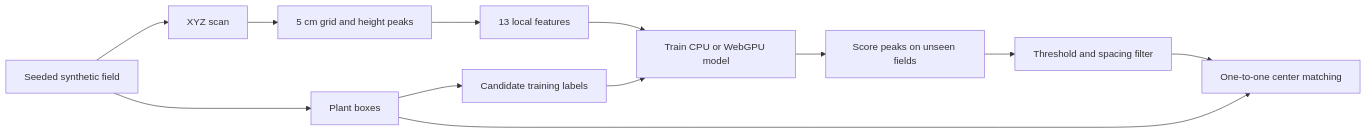
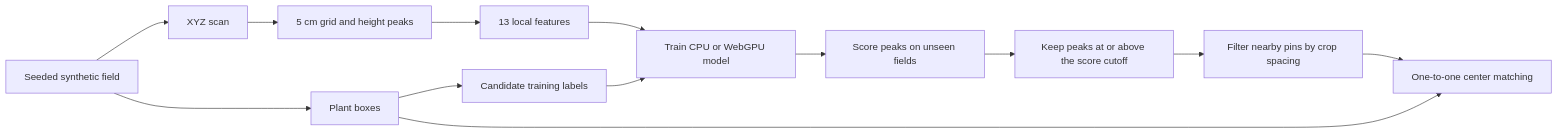
One commit to mvalancy/crop-trainer changed the first of 2 diagrams in README.md. Above: the diagram before and after it, drawn with Mermaid. The commit also changed other lines of this file and 11 other files, not shown here.

````diff
--- a/README.md
+++ b/README.md
@@ -22,14 +22,15 @@
 ```mermaid
 flowchart LR
   A[Seeded synthetic field] --> B[XYZ scan]
   A --> C[Plant boxes]
   B --> D[5 cm grid and height peaks]
   D --> E[13 local features]
   C --> F[Candidate training labels]
   E --> G[Train CPU or WebGPU model]
   F --> G
   G --> H[Score peaks on unseen fields]
-  H --> I[Threshold and spacing filter]
-  I --> J[One-to-one center matching]
+  H --> I[Keep peaks at or above the score cutoff]
+  I --> K[Filter nearby pins by crop spacing]
+  K --> J[One-to-one center matching]
   C --> J
 ```
````
